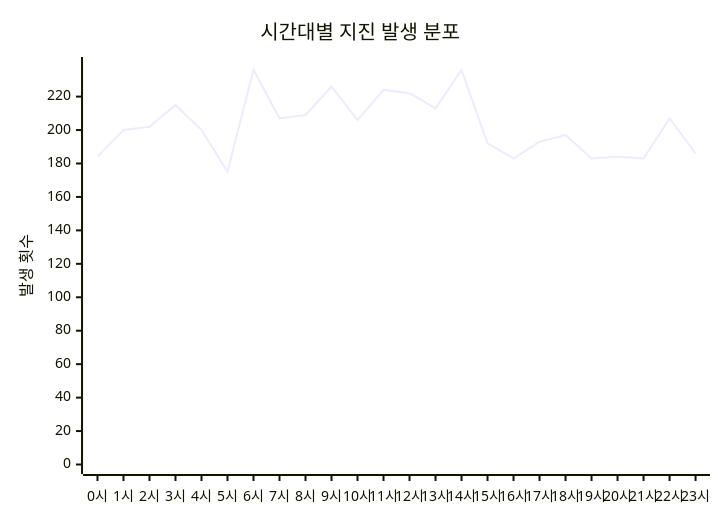
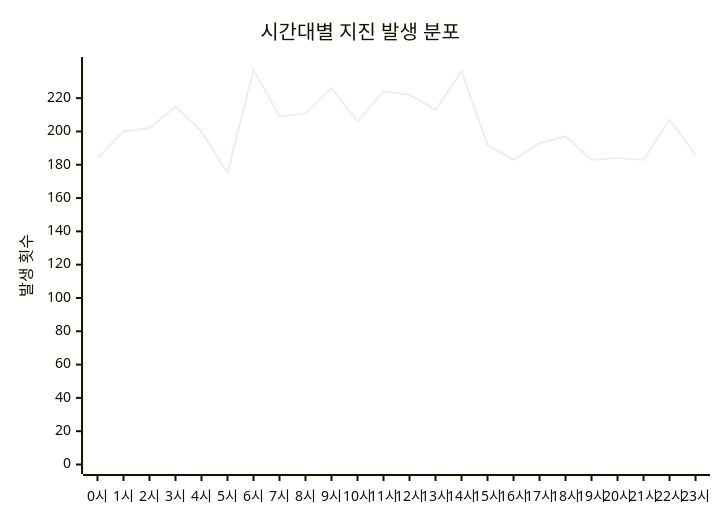
One commit to serendip811/japan-eq changed the diagram in charts/time-chart.md. Above: the diagram before and after it, drawn with Mermaid. The commit also changed other lines of this file and 5 other files, not shown here.

Commit message:
Update earthquake data and charts Thu Jul 30 09:27:51 UTC 2026

````diff
--- a/charts/time-chart.md
+++ b/charts/time-chart.md
@@ -3,7 +3,7 @@
 ```mermaid
 xychart-beta
     title "시간대별 지진 발생 분포"
     x-axis ["0시", "1시", "2시", "3시", "4시", "5시", "6시", "7시", "8시", "9시", "10시", "11시", "12시", "13시", "14시", "15시", "16시", "17시", "18시", "19시", "20시", "21시", "22시", "23시"]
-    y-axis "발생 횟수" 0 --> 238
-    line [184, 200, 202, 215, 200, 175, 236, 207, 209, 226, 206, 224, 222, 213, 236, 192, 183, 193, 197, 183, 184, 183, 207, 186]
+    y-axis "발생 횟수" 0 --> 239
+    line [184, 200, 202, 215, 200, 175, 237, 209, 211, 226, 206, 224, 222, 213, 236, 192, 183, 193, 197, 183, 184, 183, 207, 186]
 ```
````
